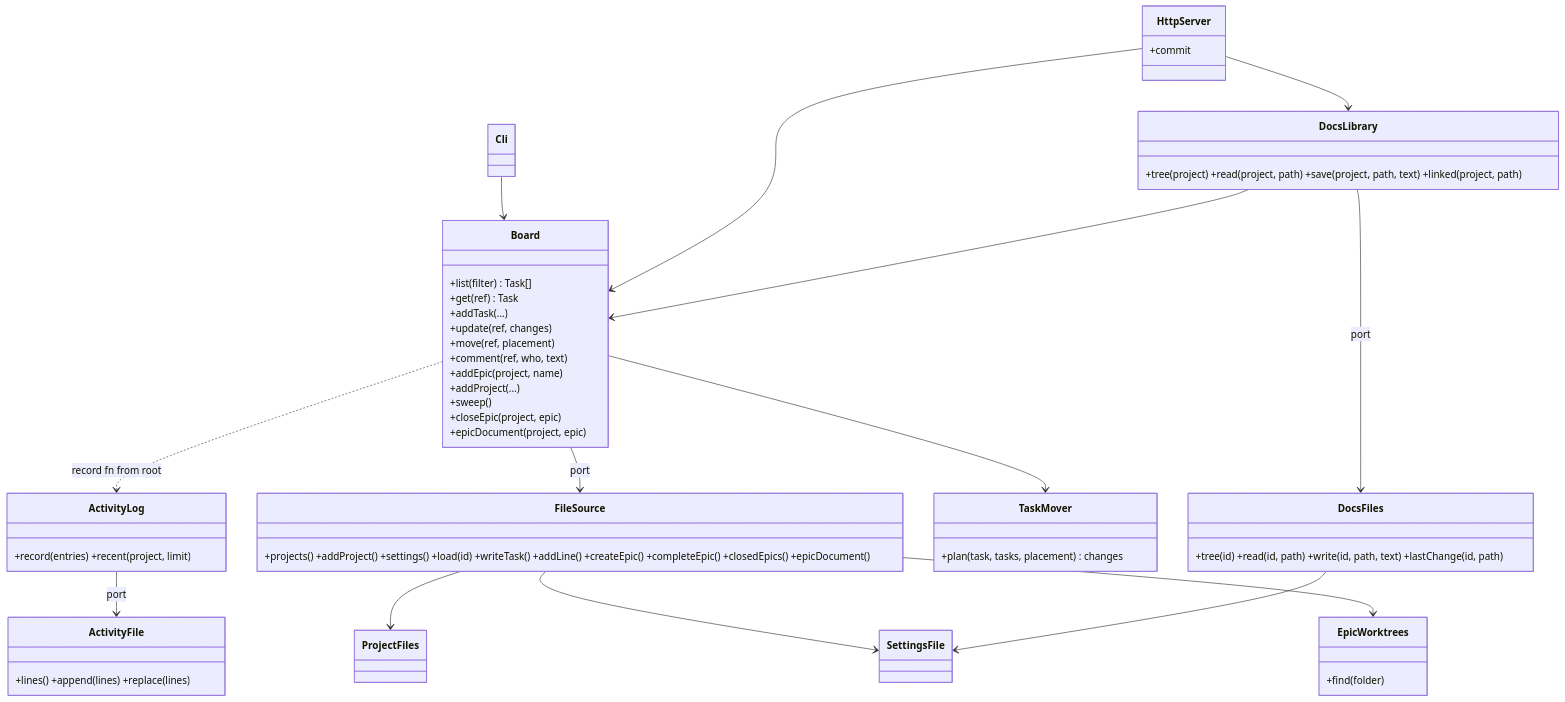
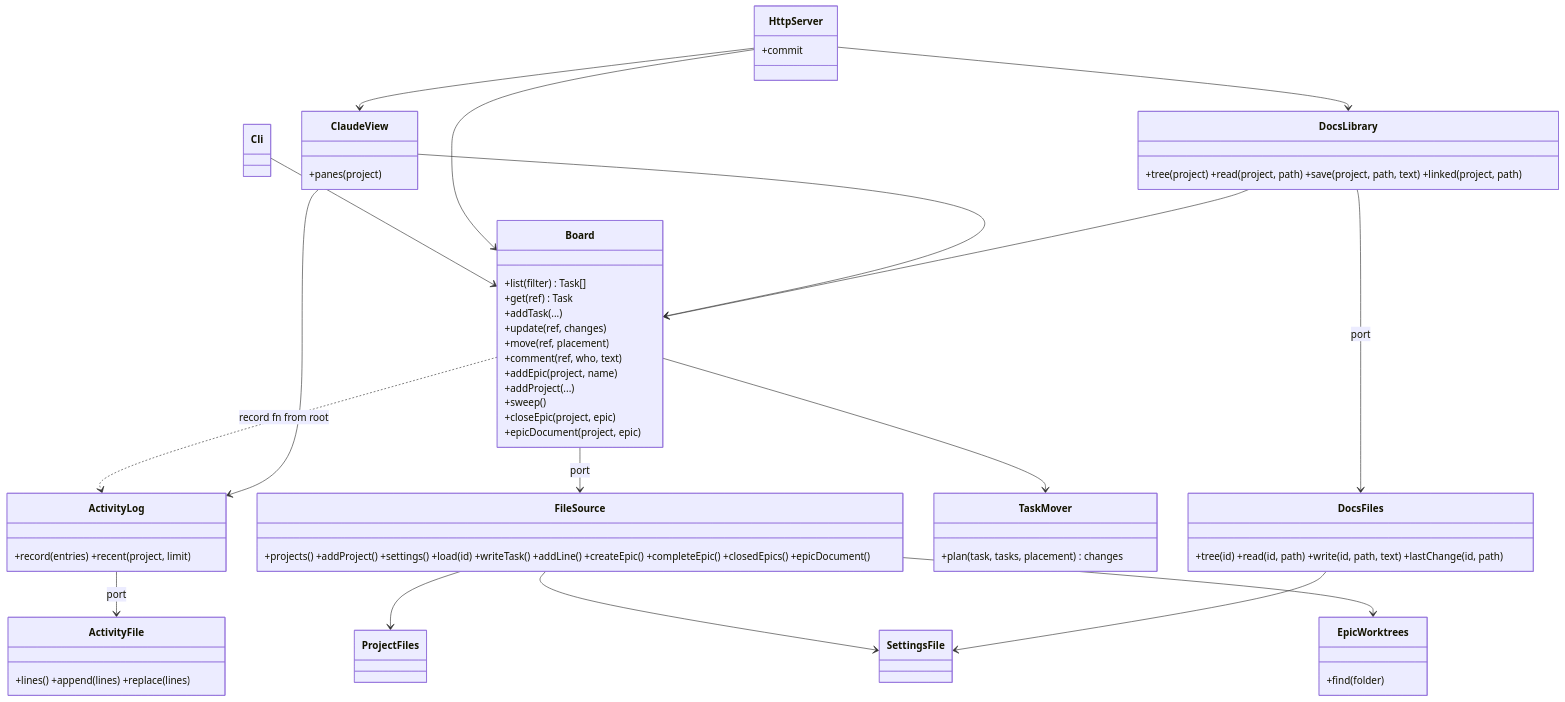
Before and after one commit to TabuNuf/doit: the diagram in Docs/Architecture.md, drawn with Mermaid. The commit also changed other lines of this file and 15 other files, not shown here.

First line of the commit message:
T-004.3: the Claude view shows Working on now, Blocked on you, Up next and the activity log; a card opens its task on the Board

````diff
--- a/Docs/Architecture.md
+++ b/Docs/Architecture.md
@@ -43,40 +44,44 @@
 ```mermaid
 classDiagram
   class Board {
     +list(filter) Task[]
     +get(ref) Task
     +addTask(...)
     +update(ref, changes)
     +move(ref, placement)
     +comment(ref, who, text)
     +addEpic(project, name)
     +addProject(...)
     +sweep()
     +closeEpic(project, epic)
     +epicDocument(project, epic)
   }
+  class ClaudeView { +panes(project) }
   class ActivityLog { +record(entries) +recent(project, limit) }
   class ActivityFile { +lines() +append(lines) +replace(lines) }
   class DocsLibrary { +tree(project) +read(project, path) +save(project, path, text) +linked(project, path) }
   class DocsFiles { +tree(id) +read(id, path) +write(id, path, text) +lastChange(id, path) }
   class TaskMover { +plan(task, tasks, placement) changes }
   class FileSource { +projects() +addProject() +settings() +load(id) +writeTask() +addLine() +createEpic() +completeEpic() +closedEpics() +epicDocument() }
   class ProjectFiles
   class SettingsFile
   class EpicWorktrees { +find(folder) }
   class Cli
   class HttpServer { +commit }
   Board --> TaskMover
   Board ..> ActivityLog : record fn from root
   ActivityLog --> ActivityFile : port
   Board --> FileSource : port
   FileSource --> ProjectFiles
   FileSource --> SettingsFile
   FileSource --> EpicWorktrees
   Cli --> Board
   HttpServer --> Board
   HttpServer --> DocsLibrary
+  HttpServer --> ClaudeView
+  ClaudeView --> Board
+  ClaudeView --> ActivityLog
   DocsLibrary --> Board
   DocsLibrary --> DocsFiles : port
   DocsFiles --> SettingsFile
 ```
````
